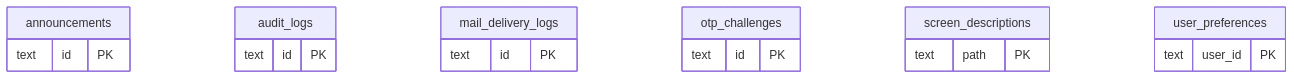
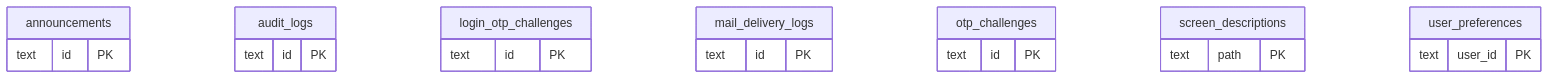
Before and after one commit to Otazoman/SSSalesManagementSystem: the diagram in docs/database/logs-otp-ui.md, drawn with Mermaid. The commit also changed other lines of this file and 45 other files, not shown here.

````diff
--- a/docs/database/logs-otp-ui.md
+++ b/docs/database/logs-otp-ui.md
@@ -22,21 +23,24 @@
 ```mermaid
 erDiagram
   announcements {
     text id PK
   }
   audit_logs {
+    text id PK
+  }
+  login_otp_challenges {
     text id PK
   }
   mail_delivery_logs {
     text id PK
   }
   otp_challenges {
     text id PK
   }
   screen_descriptions {
     text path PK
   }
   user_preferences {
     text user_id PK
   }
 ```
````
